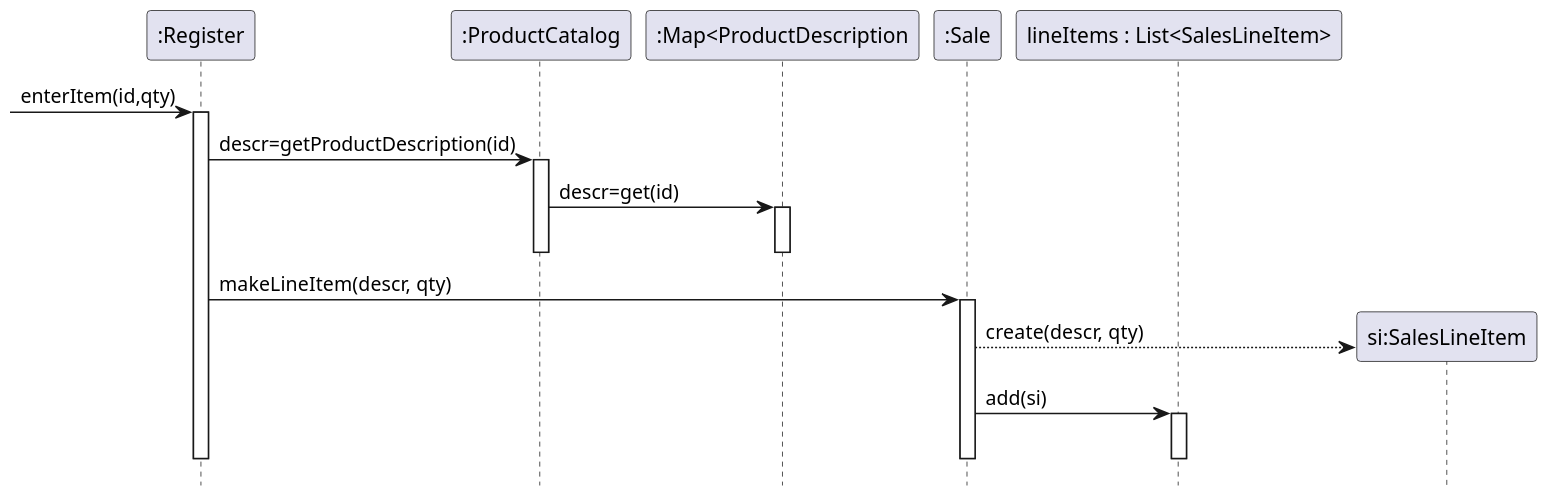
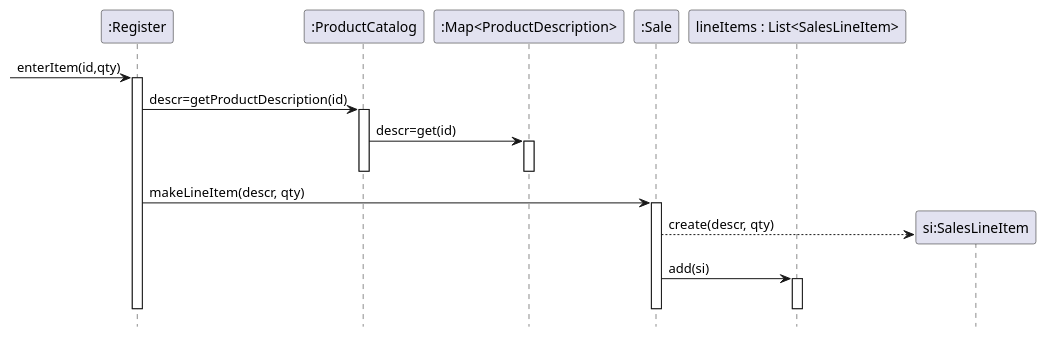
Before and after one commit to bth-dipt-teaching/PA1458-OO-Design: the second of 8 diagrams in Lectures/07_Design_to_Code.org, drawn with PlantUML. The commit also changed other lines of this file and 15 other files, not shown here.

```diff
--- a/Lectures/07_Design_to_Code.org
+++ b/Lectures/07_Design_to_Code.org
@@ -43,27 +44,27 @@
 #+BEGIN_SRC plantuml :file FInteractionToCode.png
-scale 1.5
+' scale 1.5
 hide footbox
 participant ":Register" as reg
 participant ":ProductCatalog"  as pc
-participant ":Map<ProductDescription" as pdm
+participant ":Map<ProductDescription>" as pdm
 participant ":Sale" as sale
 participant "lineItems : List<SalesLineItem>" as slil
 
 [-> reg : enterItem(id,qty)
 activate reg
 reg -> pc : descr=getProductDescription(id)
 activate pc
 pc -> pdm : descr=get(id)
 activate pdm
 deactivate pdm
 deactivate pc
 reg -> sale : makeLineItem(descr, qty)
 activate sale
 create participant "si:SalesLineItem" as si
 sale --> si : create(descr, qty)
 sale -> slil : add(si)
 activate slil
 deactivate slil
 deactivate sale
 deactivate reg
 #+END_SRC
```
